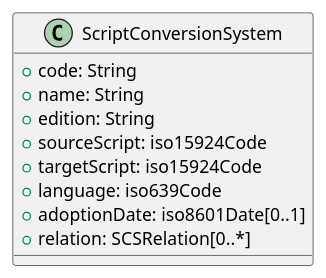
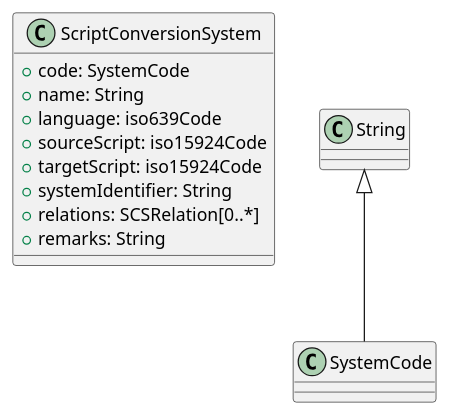
One commit to CalConnect/csd-transcription-systems changed the diagram in sources/models/system.wsd. Above: the diagram before and after it, drawn with PlantUML. The commit also changed 4 other files, not shown here.

```diff
--- a/sources/models/system.wsd
+++ b/sources/models/system.wsd
@@ -1,14 +1,16 @@
 
 '******* CONFIGURATION ************************************************
 class ScriptConversionSystem {
-  +code: String
+  +code: SystemCode
   +name: String
-  +edition: String
+  +language: iso639Code
   +sourceScript: iso15924Code
   +targetScript: iso15924Code
-  +language: iso639Code
-  +adoptionDate: iso8601Date[0..1]
-  +relation: SCSRelation[0..*]
+  +systemIdentifier: String
+  +relations: SCSRelation[0..*]
+  +remarks: String
 }
 
+String <|-- SystemCode
+
 '******* CLASS RELATIONS **********************************************
```
